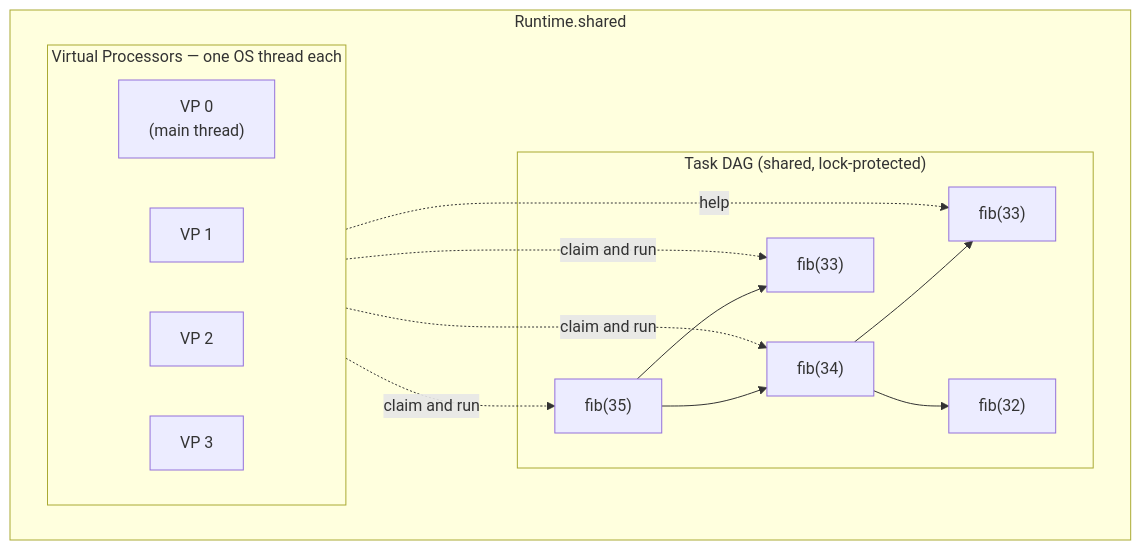
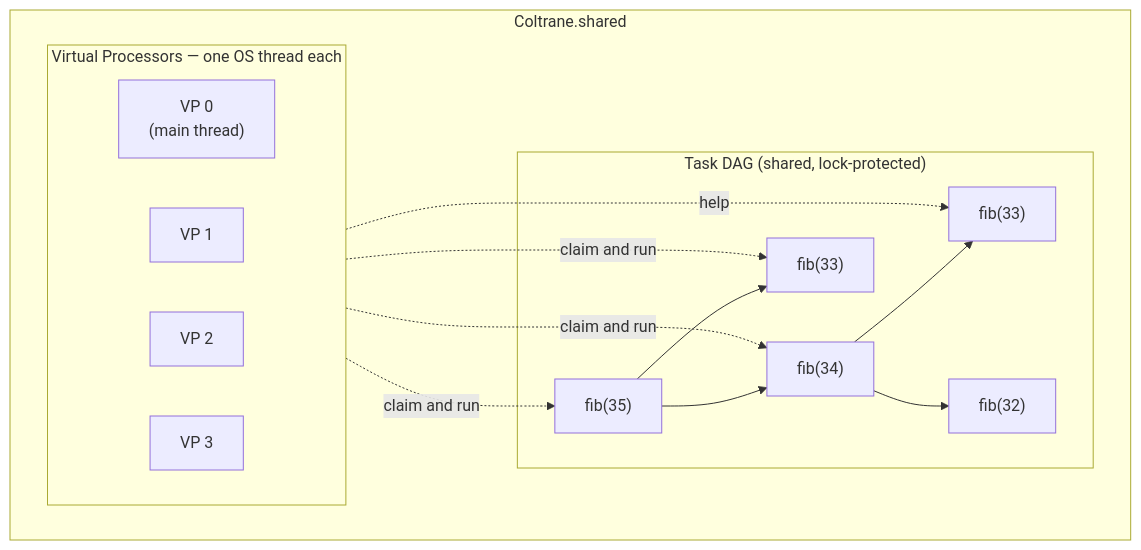
One commit to otaviocc/Coltrane changed the first of 2 diagrams in README.md. Above: the diagram before and after it, drawn with Mermaid. The commit also changed other lines of this file and 17 other files, not shown here.

Commit message:
Rename Runtime to Coltrane

````diff
--- a/README.md
+++ b/README.md
@@ -37,27 +37,27 @@
 ```mermaid
 flowchart TB
-    subgraph RT["Runtime.shared"]
+    subgraph RT["Coltrane.shared"]
         subgraph VPs["Virtual Processors — one OS thread each"]
             direction LR
             VP0["VP 0<br/>(main thread)"]
             VP1["VP 1"]
             VP2["VP 2"]
             VP3["VP 3"]
         end
         subgraph DAG["Task DAG (shared, lock-protected)"]
             ROOT["fib(35)"]
             C1["fib(34)"]
             C2["fib(33)"]
             G1["fib(33)"]
             G2["fib(32)"]
             ROOT --> C1
             ROOT --> C2
             C1 --> G1
             C1 --> G2
         end
     end
     VP0 -. claim and run .-> ROOT
     VP1 -. claim and run .-> C1
     VP2 -. claim and run .-> C2
     VP3 -. help .-> G1
 ```
````
